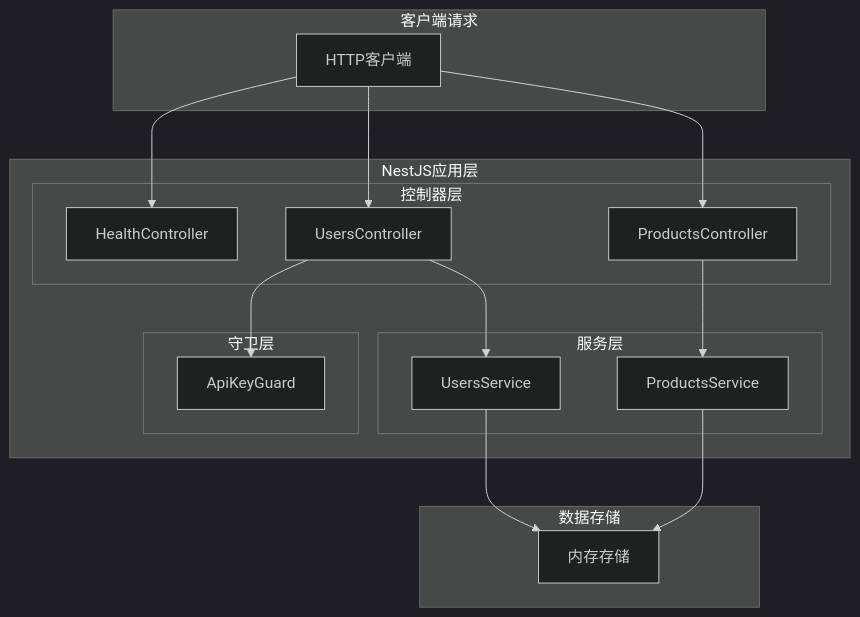
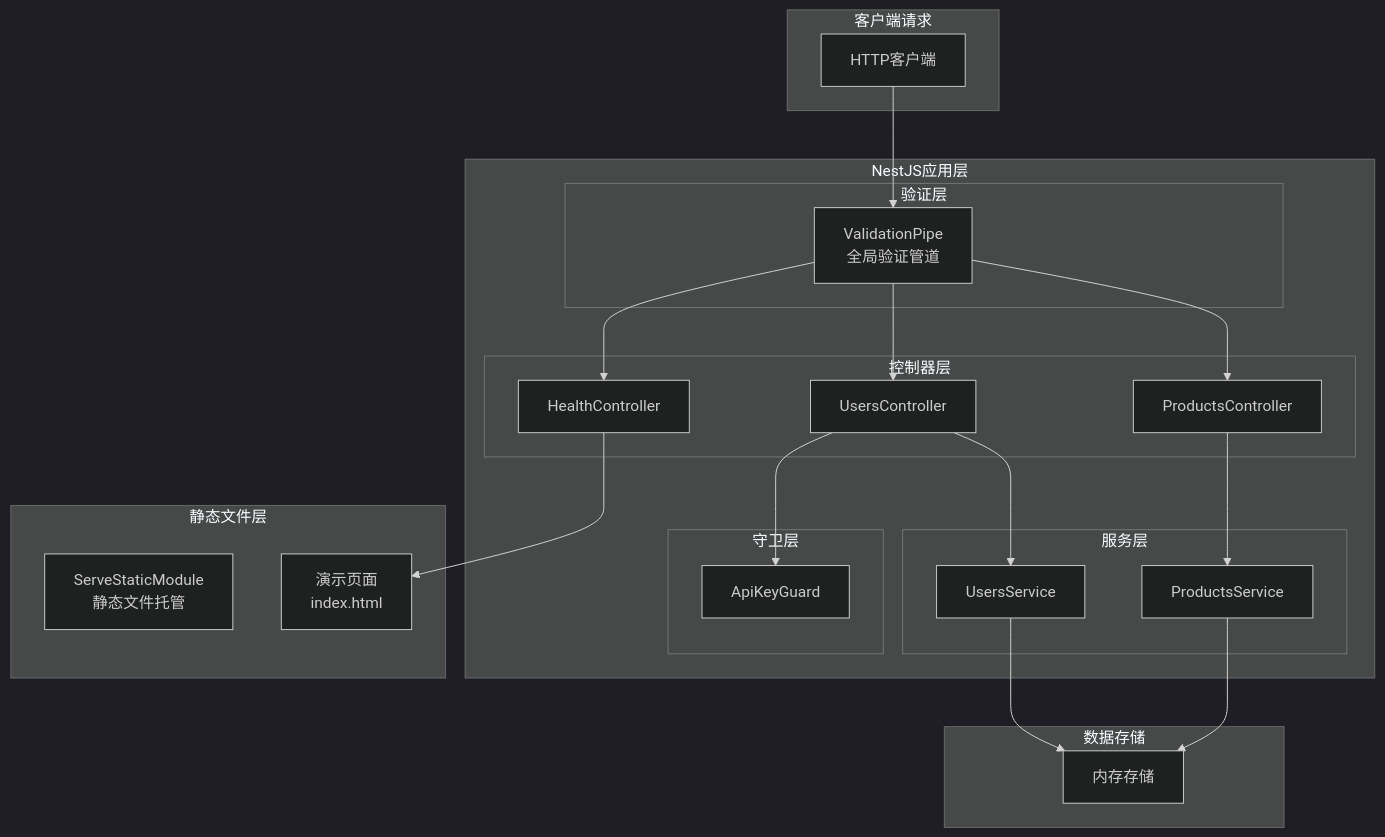
One commit to esa-sp/test-for-aone-ci changed the second of 7 diagrams in .qoder/repowiki/zh/content/NestJS多模块架构测试.md. Above: the diagram before and after it, drawn with Mermaid (dark theme). The commit also changed other lines of this file and 58 other files, not shown here.

````diff
--- a/.qoder/repowiki/zh/content/NestJS多模块架构测试.md
+++ b/.qoder/repowiki/zh/content/NestJS多模块架构测试.md
@@ -103,31 +118,40 @@
 ```mermaid
 graph TD
 subgraph "客户端请求"
 Client[HTTP客户端]
 end
 subgraph "NestJS应用层"
+subgraph "验证层"
+ValidationPipe[ValidationPipe<br/>全局验证管道]
+end
 subgraph "控制器层"
 HealthCtrl[HealthController]
 UsersCtrl[UsersController]
 ProductsCtrl[ProductsController]
 end
 subgraph "服务层"
 UsersSvc[UsersService]
 ProductsSvc[ProductsService]
 end
 subgraph "守卫层"
 ApiKeyGuard[ApiKeyGuard]
 end
 end
+subgraph "静态文件层"
+ServeStaticModule[ServeStaticModule<br/>静态文件托管]
+DemoPage[演示页面<br/>index.html]
+end
 subgraph "数据存储"
 MemoryStorage[内存存储]
 end
-Client --> HealthCtrl
-Client --> UsersCtrl
-Client --> ProductsCtrl
+Client --> ValidationPipe
+ValidationPipe --> HealthCtrl
+ValidationPipe --> UsersCtrl
+ValidationPipe --> ProductsCtrl
 UsersCtrl --> ApiKeyGuard
 UsersCtrl --> UsersSvc
 ProductsCtrl --> ProductsSvc
 UsersSvc --> MemoryStorage
 ProductsSvc --> MemoryStorage
+HealthCtrl --> DemoPage
 ```
````
